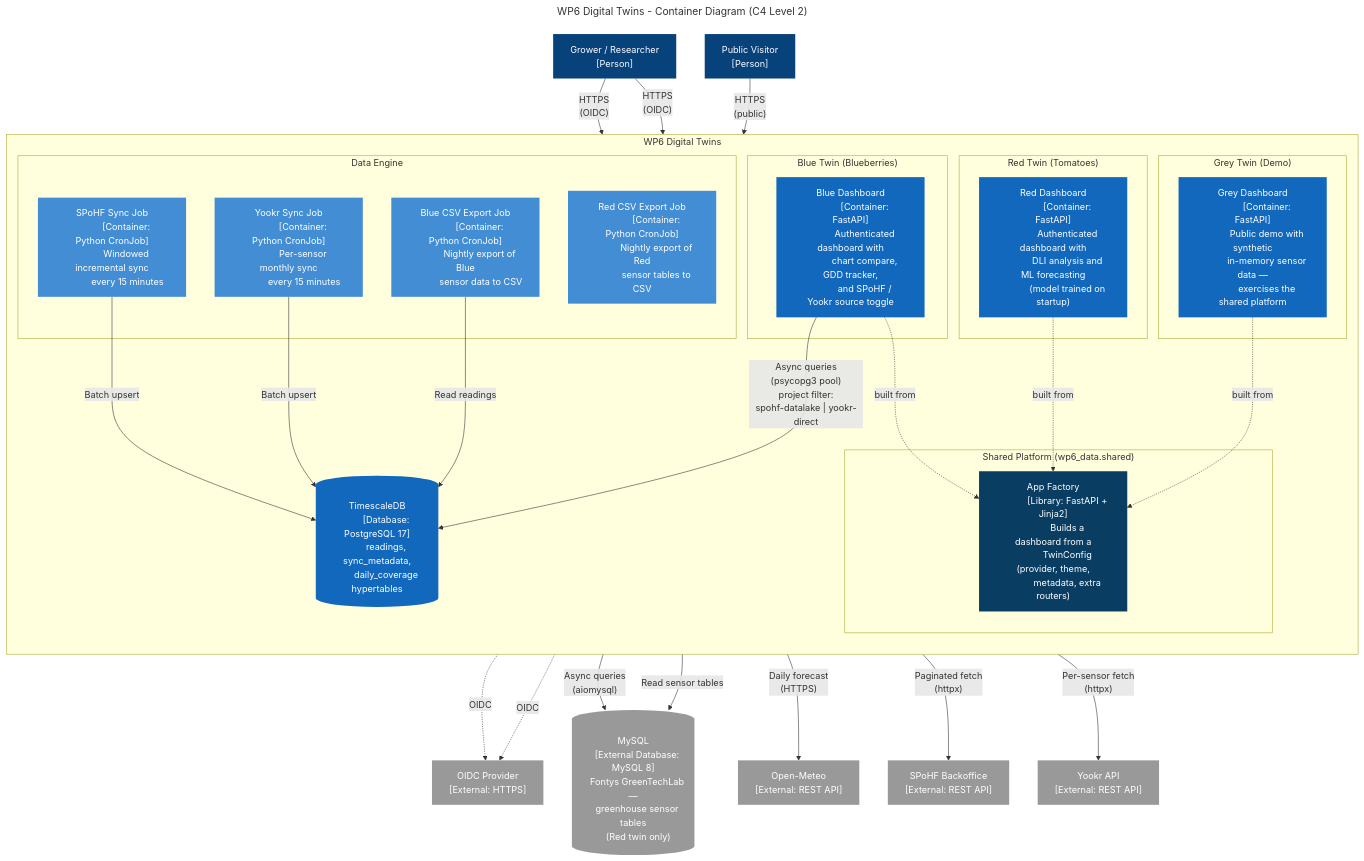
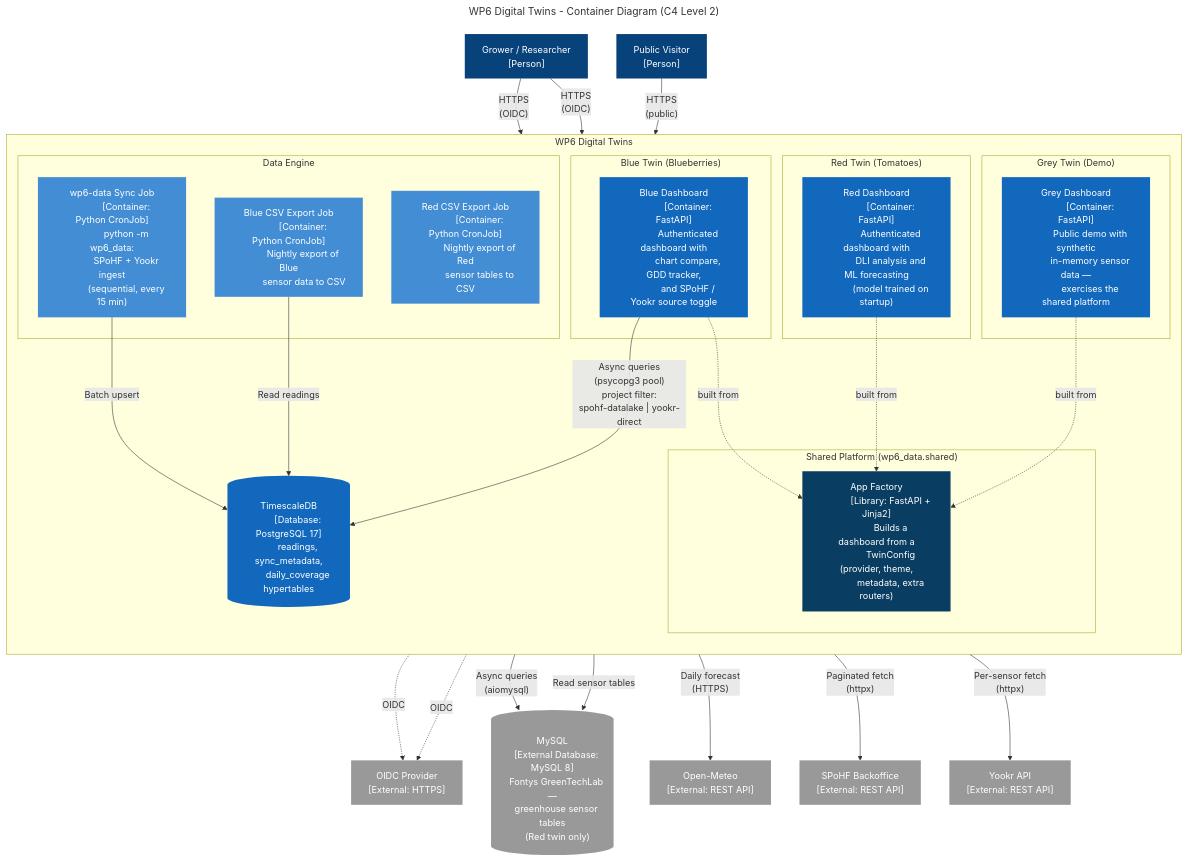
One commit to SPOHF/SPoHF-WP6-Twins changed the third of 5 diagrams in docs/architecture/index.md. Above: the diagram before and after it, drawn with Mermaid. The commit also changed other lines of this file, not shown here.

Commit message:
docs: c4 architecture update

```diff
--- a/docs/architecture/index.md
+++ b/docs/architecture/index.md
@@ -273,15 +273,11 @@
         end
 
         subgraph data_engine["Data Engine"]
-            spohf_sync["SPoHF Sync Job
+            sync_job["wp6-data Sync Job
             [Container: Python CronJob]
-            Windowed incremental sync
-            every 15 minutes"]:::cronjob
-
-            yookr_sync["Yookr Sync Job
-            [Container: Python CronJob]
-            Per-sensor monthly sync
-            every 15 minutes"]:::cronjob
+            python -m wp6_data:
+            SPoHF + Yookr ingest
+            (sequential, every 15 min)"]:::cronjob
 
             blue_export["Blue CSV Export Job
             [Container: Python CronJob]
@@ -335,12 +331,10 @@
     red_dash -->|"Daily forecast\n(HTTPS)"| openmeteo
     %% grey_dash has no datastore (in-memory)
 
-    %% Sync jobs
-    spohf_sync -->|"Paginated fetch\n(httpx)"| spohf
-    spohf_sync -->|"Batch upsert"| tsdb
-
-    yookr_sync -->|"Per-sensor fetch\n(httpx)"| yookr
-    yookr_sync -->|"Batch upsert"| tsdb
+    %% Sync job (single process runs both ingests sequentially)
+    sync_job -->|"Paginated fetch\n(httpx)"| spohf
+    sync_job -->|"Per-sensor fetch\n(httpx)"| yookr
+    sync_job -->|"Batch upsert"| tsdb
 
     %% Export jobs
     blue_export -->|"Read readings"| tsdb
```
